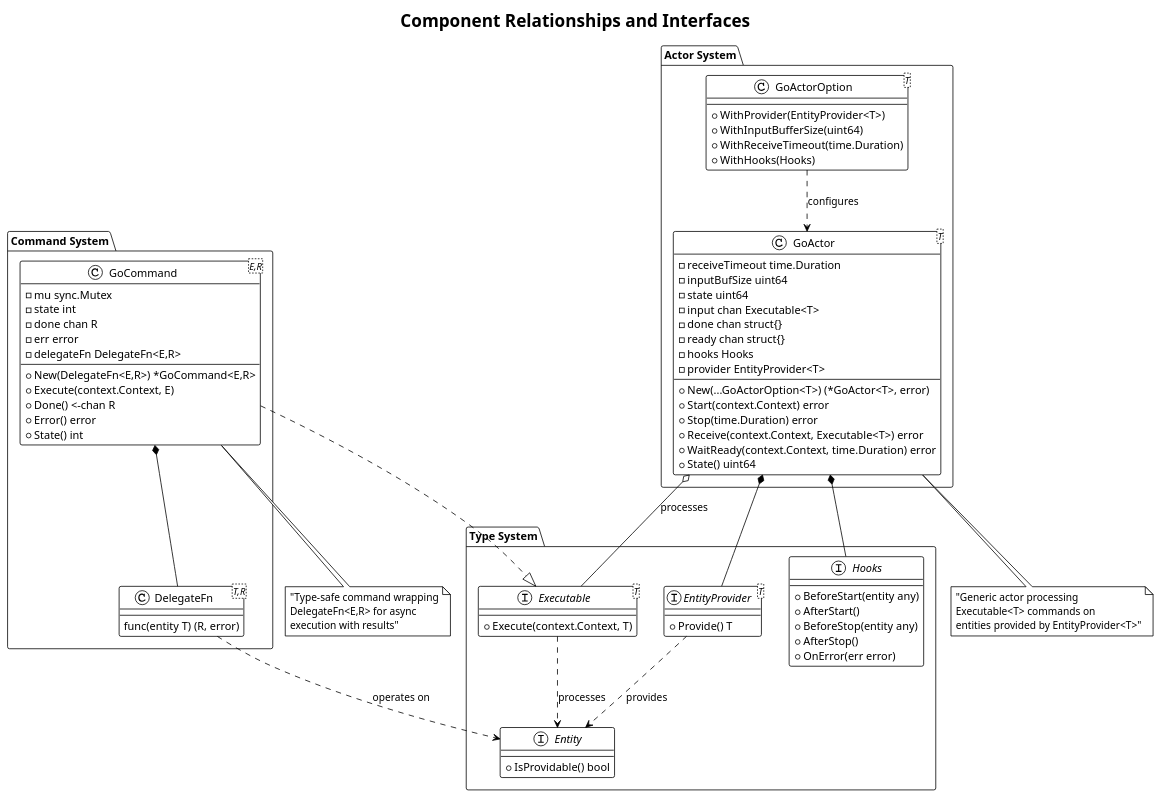
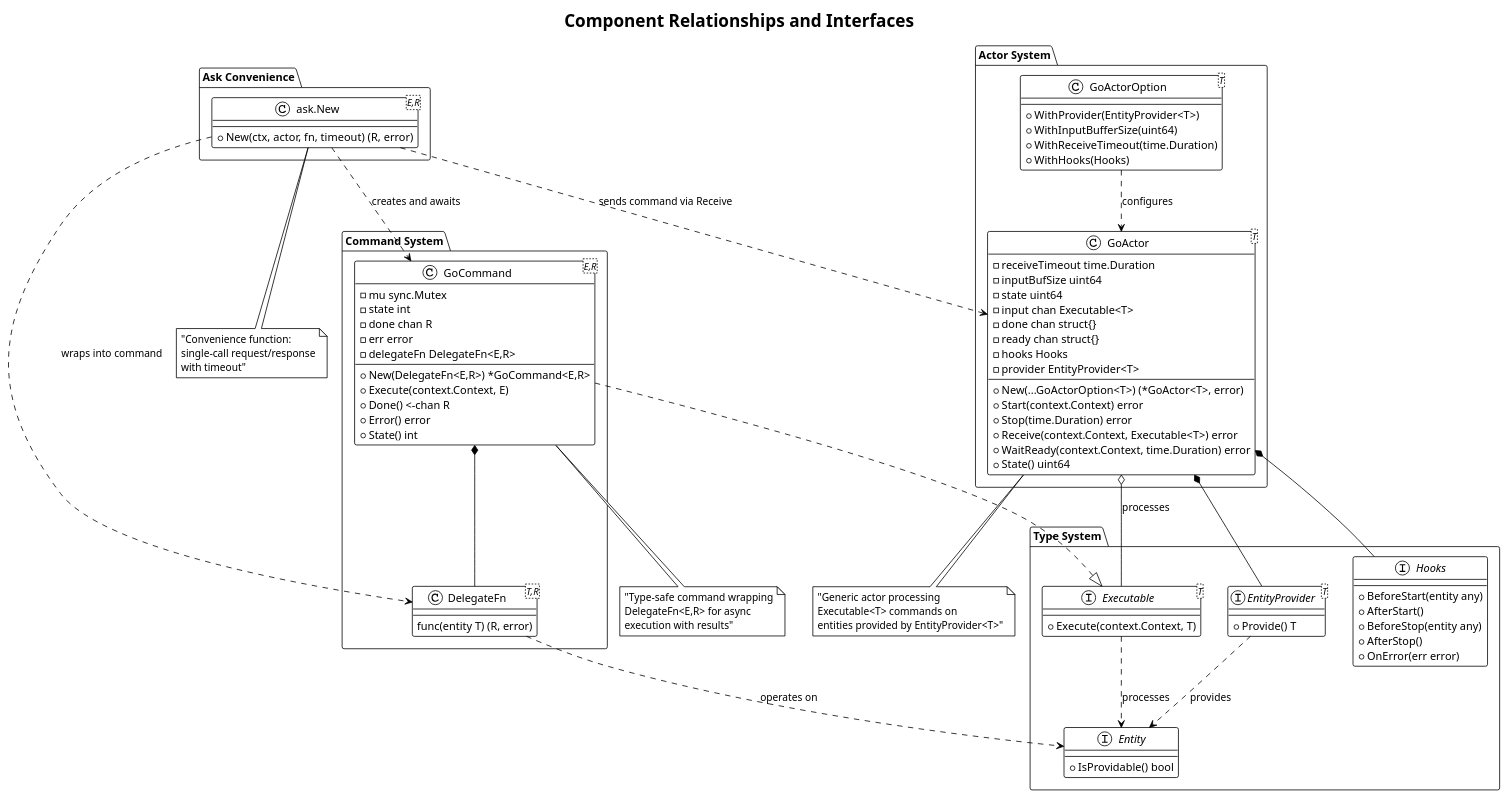
One commit to barnowlsnest/go-actorlib changed the diagram in docs/component-relationships.puml. Above: the diagram before and after it, drawn with PlantUML. The commit also changed 7 other files, not shown here.

```diff
--- a/docs/component-relationships.puml
+++ b/docs/component-relationships.puml
@@ -1,95 +1,107 @@
 @startuml component-relationships
 !theme plain
 skinparam backgroundColor #FFFFFF
 
 title Component Relationships and Interfaces
 
 package "Type System" {
   interface Entity {
     +IsProvidable() bool
   }
 
   interface "Executable<T>" as Executable {
     +Execute(context.Context, T)
   }
 
   interface "EntityProvider<T>" as EntityProvider {
     +Provide() T
   }
 
   interface Hooks {
     +BeforeStart(entity any)
     +AfterStart()
     +BeforeStop(entity any)
     +AfterStop()
     +OnError(err error)
   }
 }
 
 package "Actor System" {
   class "GoActor<T>" as GoActor {
     -receiveTimeout time.Duration
     -inputBufSize uint64
     -state uint64
     -input chan Executable<T>
     -done chan struct{}
     -ready chan struct{}
     -hooks Hooks
     -provider EntityProvider<T>
     --
     +New(...GoActorOption<T>) (*GoActor<T>, error)
     +Start(context.Context) error
     +Stop(time.Duration) error
     +Receive(context.Context, Executable<T>) error
     +WaitReady(context.Context, time.Duration) error
     +State() uint64
   }
 
   class "GoActorOption<T>" as GoActorOption {
     +WithProvider(EntityProvider<T>)
     +WithInputBufferSize(uint64)
     +WithReceiveTimeout(time.Duration)
     +WithHooks(Hooks)
   }
 }
 
 package "Command System" {
   class "GoCommand<E,R>" as GoCommand {
     -mu sync.Mutex
     -state int
     -done chan R
     -err error
     -delegateFn DelegateFn<E,R>
     --
     +New(DelegateFn<E,R>) *GoCommand<E,R>
     +Execute(context.Context, E)
     +Done() <-chan R
     +Error() error
     +State() int
   }
 
   class "DelegateFn<T,R>" as DelegateFn {
     func(entity T) (R, error)
   }
 }
 
 ' Inheritance relationships
 GoCommand ..|> Executable
 
 ' Composition relationships
 GoActor *-- EntityProvider
 GoActor *-- Hooks
 GoActor o-- Executable : processes
 GoCommand *-- DelegateFn
 
 ' Dependencies
 EntityProvider ..> Entity : provides
 DelegateFn ..> Entity : operates on
 Executable ..> Entity : processes
 GoActorOption ..> GoActor : configures
 
 note bottom of GoActor : "Generic actor processing\nExecutable<T> commands on\nentities provided by EntityProvider<T>"
 
 note bottom of GoCommand : "Type-safe command wrapping\nDelegateFn<E,R> for async\nexecution with results"
 
+package "Ask Convenience" {
+  class "ask.New<E,R>" as AskNew {
+    +New(ctx, actor, fn, timeout) (R, error)
+  }
+}
+
+AskNew ..> GoActor : sends command via Receive
+AskNew ..> GoCommand : creates and awaits
+AskNew ..> DelegateFn : wraps into command
+
+note bottom of AskNew : "Convenience function:\nsingle-call request/response\nwith timeout"
+
 @enduml
```
